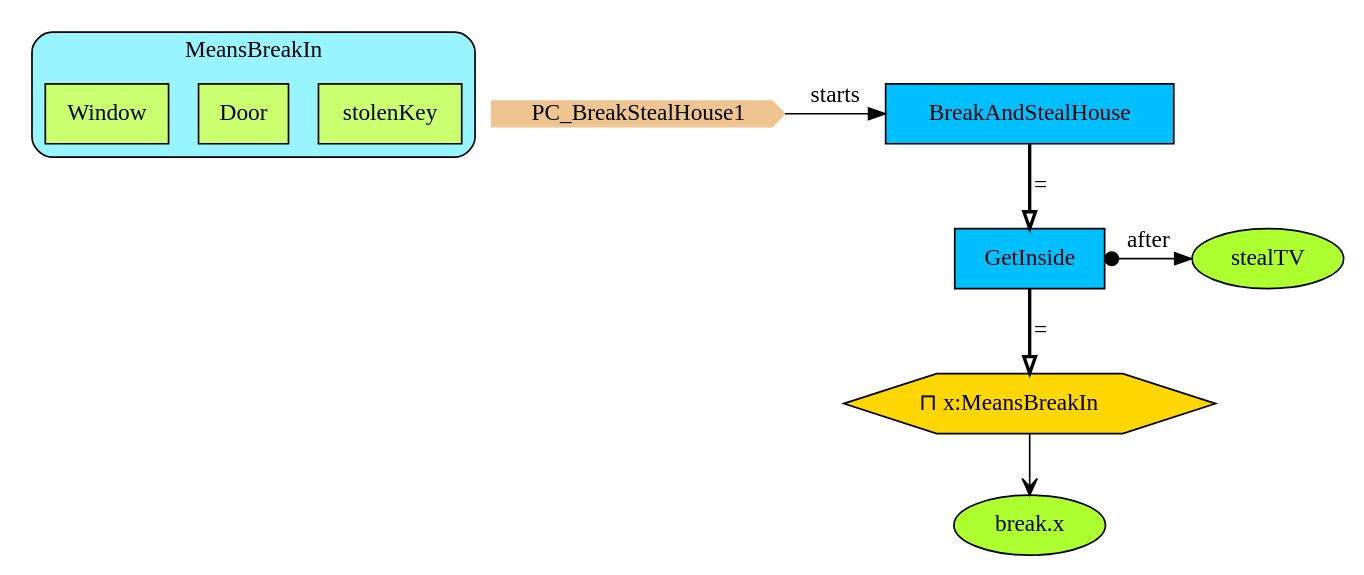
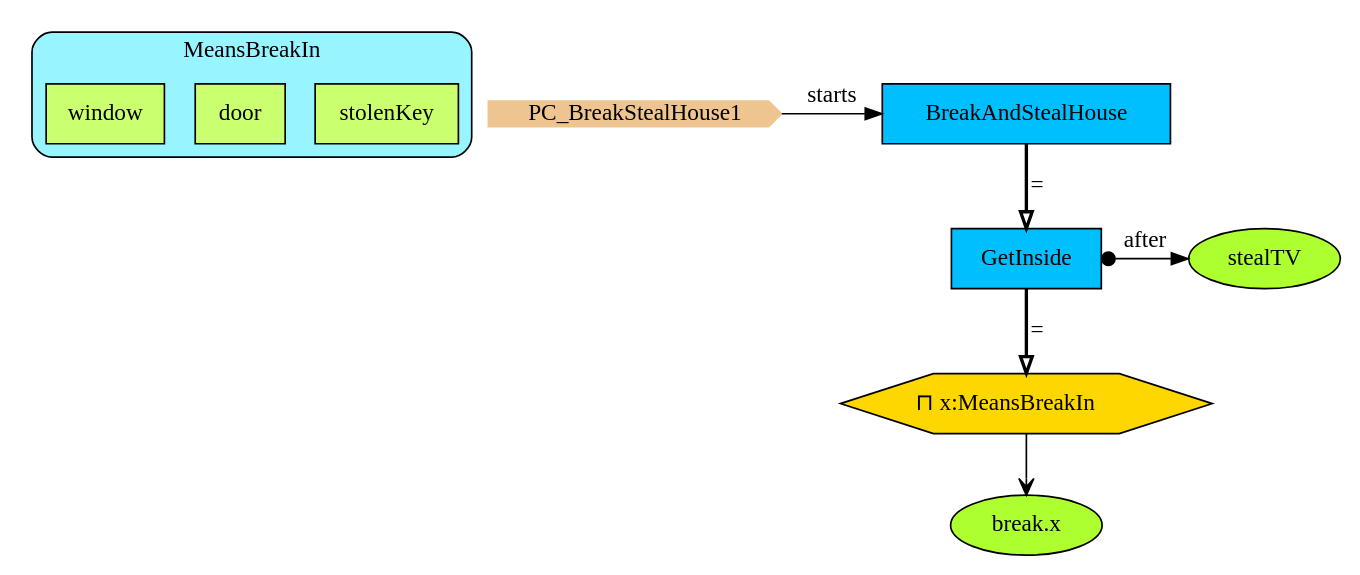
One commit to namalio/Fragmenta changed the diagram in Haskell/PCs/Examples/img/PC_BreakStealHouse1.gv. Above: the diagram before and after it, drawn with Graphviz. The commit also changed 55 other files, not shown here.

```diff
--- a/Haskell/PCs/Examples/img/PC_BreakStealHouse1.gv
+++ b/Haskell/PCs/Examples/img/PC_BreakStealHouse1.gv
@@ -1,27 +1,27 @@
 digraph {
 subgraph cluster_MeansBreakIn {
 style="filled,rounded";
 label =MeansBreakIn;
 fillcolor = cadetblue1;
 stolenKey[shape=box,fillcolor=darkolivegreen1,style="filled",label=stolenKey];
-Door[shape=box,fillcolor=darkolivegreen1,style="filled",label=Door];
-Window[shape=box,fillcolor=darkolivegreen1,style="filled",label=Window];
+door[shape=box,fillcolor=darkolivegreen1,style="filled",label=door];
+window[shape=box,fillcolor=darkolivegreen1,style="filled",label=window];
 }
 
 
 StartN_ [shape = cds,color=burlywood2,style=filled,height=.2,width=.2, label =PC_BreakStealHouse1];
 BreakAndStealHouse [shape=box,fillcolor=deepskyblue,style = filled,label="BreakAndStealHouse "];
 BreakIn [shape=hexagon,fillcolor=gold1,style=filled,label=<⊓ x:MeansBreakIn>];
 stealTV [shape=ellipse,fillcolor=greenyellow,style=filled,label="stealTV"];
 break [shape=ellipse,fillcolor=greenyellow,style=filled,label="break.x"];
 GetInside [shape=box,fillcolor=deepskyblue,style = filled,label="GetInside "];
 
 {rank=same;stealTV,GetInside}
 {rank=same;BreakAndStealHouse,StartN_}
 
 GetInside->stealTV[arrowtail=dot,dir=both,label="after"];
 BreakIn->break[arrowhead="open"];
 BreakAndStealHouse->GetInside[arrowhead="onormal",penwidth=2,label="="];
 GetInside->BreakIn[arrowhead="onormal",penwidth=2,label="="];
 StartN_->BreakAndStealHouse[label="starts"];
 }
```
